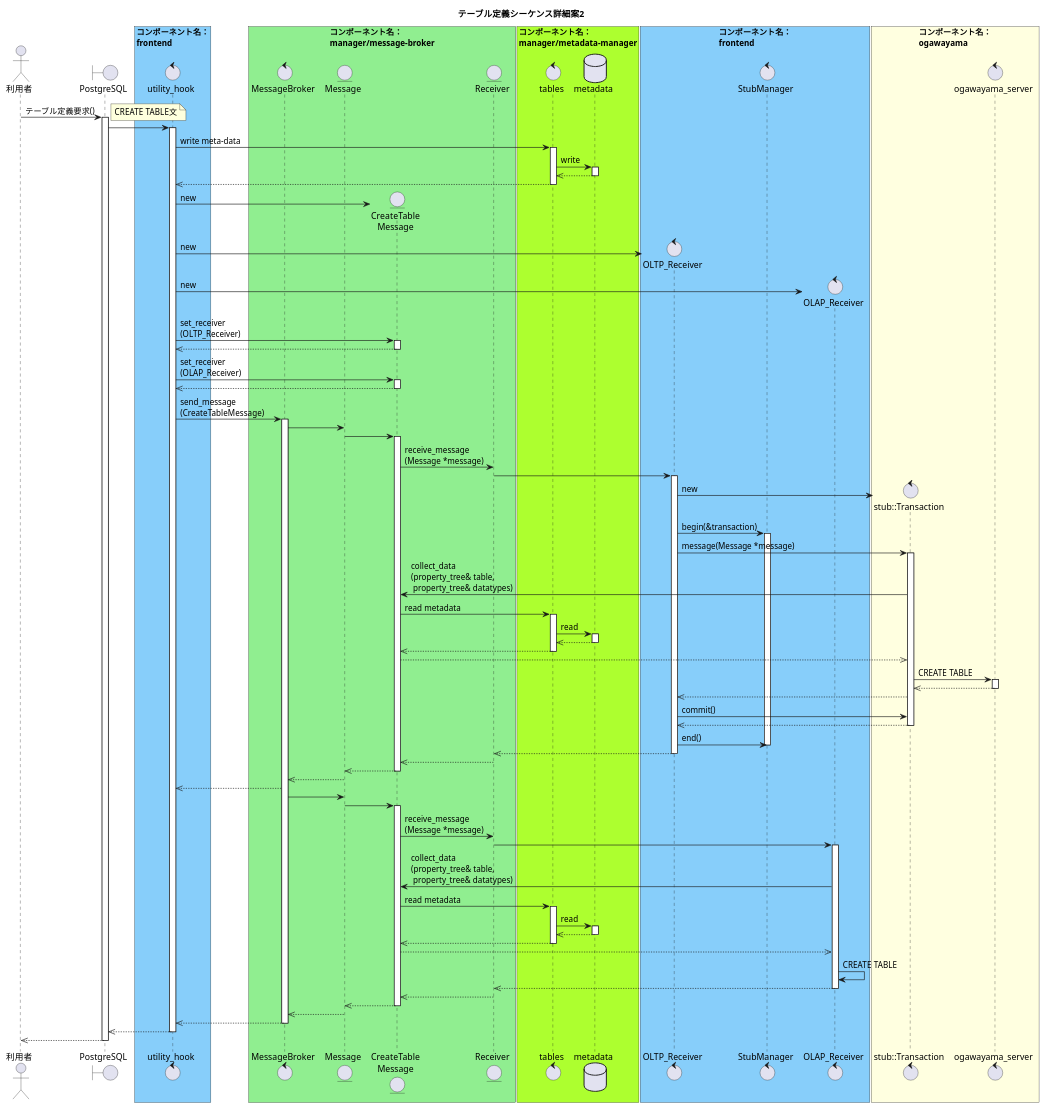
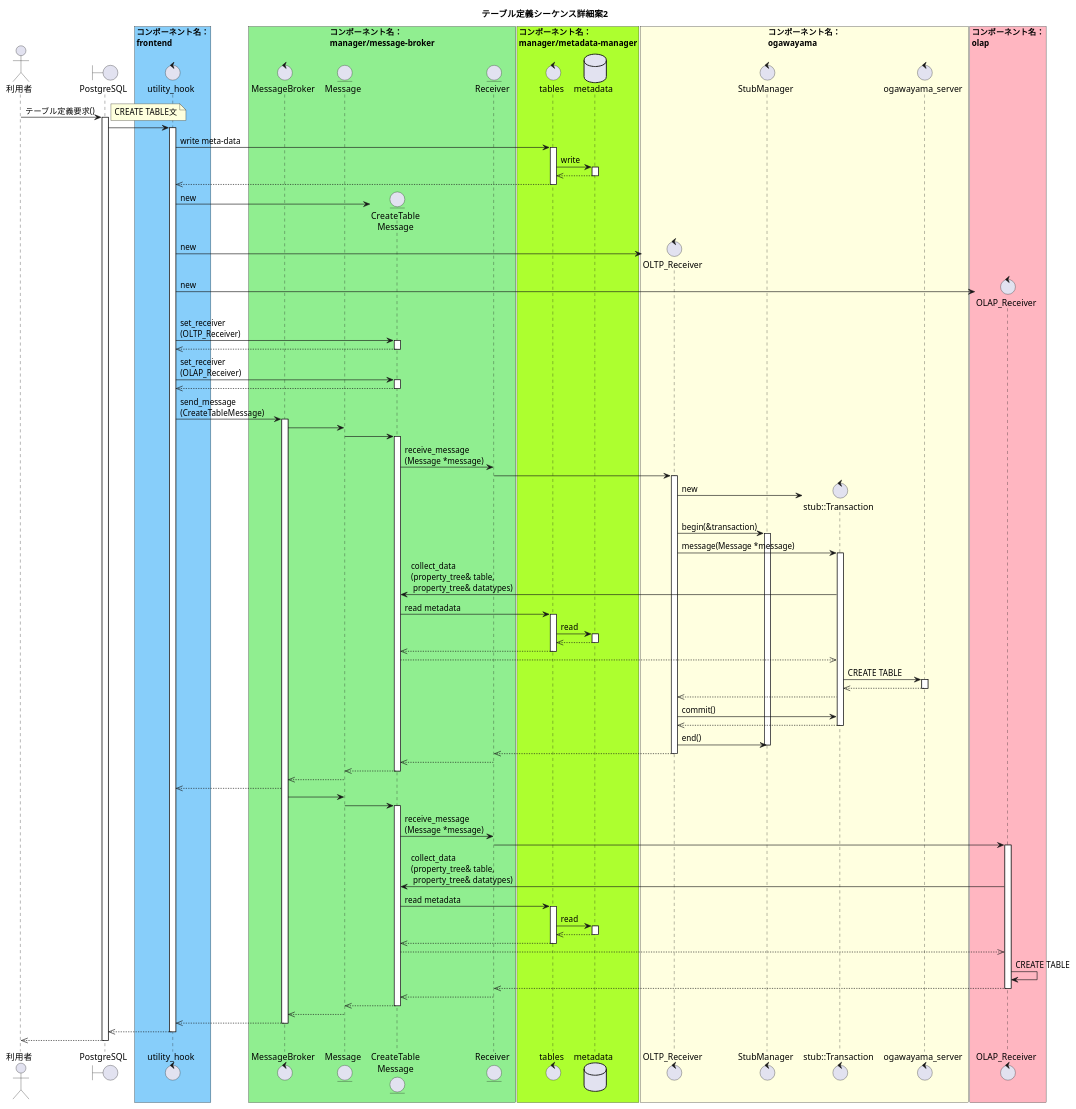
One commit to project-tsurugi/tsurugi_fdw changed the second of 2 diagrams in docs/design/img/CREATE_TABLE_detail.pu. Above: the diagram before and after it, drawn with PlantUML. The commit also changed other lines of this file and 1 other file, not shown here.

Commit message:
Move the OLTP_Receiver from frontend to ogawayama

```diff
--- a/docs/design/img/CREATE_TABLE_detail.pu
+++ b/docs/design/img/CREATE_TABLE_detail.pu
@@ -158,147 +158,148 @@
 @startuml テーブル定義シーケンス詳細案2
 
 title テーブル定義シーケンス詳細案2
 
 actor 利用者
 boundary PostgreSQL
 
 box "コンポーネント名：\nfrontend" #LightSkyBlue
 control utility_hook
 end box
 
 box "コンポーネント名：\nmanager/message-broker" #LightGreen
 control MessageBroker
 entity Message
 entity "CreateTable\nMessage" as concrete_message
 entity Receiver
 end box
 
 box "コンポーネント名：\nmanager/metadata-manager" #GreenYellow
 control tables
 database metadata
 end box
 
-box "コンポーネント名：\nfrontend" #LightSkyBlue
+box "コンポーネント名：\nogawayama" #LightYellow
 control "OLTP_Receiver" as oltp_receiver
 control StubManager
+control "stub::Transaction" as tran
+control ogawayama_server
+end box
+
+box "コンポーネント名：\nolap" #LightPink
 control "OLAP_Receiver" as olap_receiver
 end box
 
-box "コンポーネント名：\nogawayama" #LightYellow
-control "stub::Transaction" as tran
-control ogawayama_server
-end box
 
 利用者 -> PostgreSQL : テーブル定義要求()
 activate PostgreSQL
 note right
 CREATE TABLE文
 end note
 
 PostgreSQL -> utility_hook
 activate utility_hook
   ' write meta-data
   utility_hook -> tables : write meta-data
   activate tables
     tables -> metadata : write
     activate metadata
     tables <<-- metadata
     deactivate metadata
     utility_hook <<-- tables
   deactivate tables
 
   ' create objects
   create concrete_message
   utility_hook -> concrete_message : new
   create oltp_receiver
   utility_hook -> oltp_receiver : new
   create olap_receiver
   utility_hook -> olap_receiver : new
 
   ' set receiver
   utility_hook -> concrete_message : set_receiver\n(OLTP_Receiver)
   activate concrete_message
     utility_hook <<-- concrete_message
   deactivate concrete_message
   utility_hook -> concrete_message : set_receiver\n(OLAP_Receiver)
   activate concrete_message
     utility_hook <<-- concrete_message
   deactivate concrete_message
 
   ' send message to MessageBroker
   utility_hook -> MessageBroker : send_message\n(CreateTableMessage)
   activate MessageBroker
 
   ' execute command
   MessageBroker -> Message
   Message -> concrete_message
   activate concrete_message
     concrete_message -> Receiver : receive_message\n(Message *message)
     Receiver -> oltp_receiver
 
   ' begin transaction
   create tran
   activate oltp_receiver
   oltp_receiver -> tran : new
   oltp_receiver -> StubManager : begin(&transaction)
   activate StubManager
   oltp_receiver -> tran : message(Message *message)
   activate tran
     tran -> concrete_message : collect_data\n(property_tree& table,\n property_tree& datatypes)
     concrete_message -> tables : read metadata
       activate tables
       tables -> metadata : read
       activate metadata
       tables <<-- metadata
       deactivate metadata
       concrete_message <<-- tables
       deactivate tables
         tran <<-- concrete_message
         tran -> ogawayama_server : CREATE TABLE
           activate ogawayama_server
             tran <<-- ogawayama_server
           deactivate ogawayama_server
         oltp_receiver <<-- tran
         oltp_receiver -> tran : commit()
         oltp_receiver <<-- tran
       deactivate tran
     oltp_receiver -> StubManager : end()
     deactivate StubManager
     Receiver <<-- oltp_receiver
     deactivate oltp_receiver
     concrete_message <<-- Receiver
   Message <<-- concrete_message
   deactivate concrete_message
   MessageBroker <<-- Message
   utility_hook <<-- MessageBroker
   MessageBroker -> Message
   Message -> concrete_message
   activate concrete_message
     concrete_message -> Receiver : receive_message\n(Message *message)
     Receiver -> olap_receiver
     activate olap_receiver
       olap_receiver -> concrete_message: collect_data\n(property_tree& table,\n property_tree& datatypes)
       concrete_message -> tables: read metadata
       activate tables
       tables -> metadata : read
       activate metadata
       tables <<-- metadata
       deactivate metadata
       concrete_message <<-- tables
       deactivate tables
       olap_receiver <<-- concrete_message
       olap_receiver -> olap_receiver : CREATE TABLE
       Receiver <<-- olap_receiver
       deactivate olap_receiver
       concrete_message <<-- Receiver
   Message <<-- concrete_message
   deactivate concrete_message
   MessageBroker <<-- Message
   utility_hook <<-- MessageBroker
   deactivate MessageBroker
 PostgreSQL <<-- utility_hook
 deactivate utility_hook
 利用者 <<-- PostgreSQL
 deactivate PostgreSQL
 
 @enduml
```
